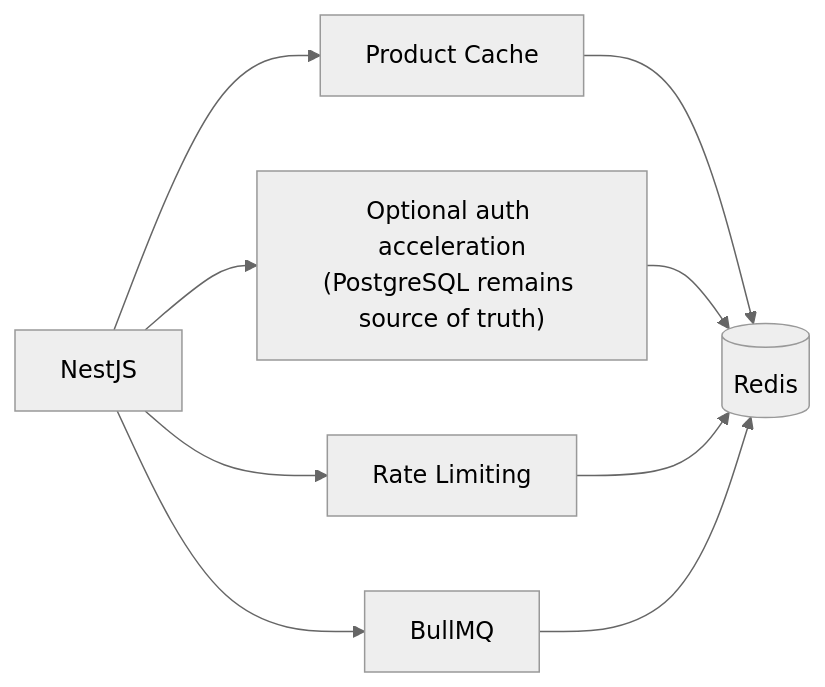
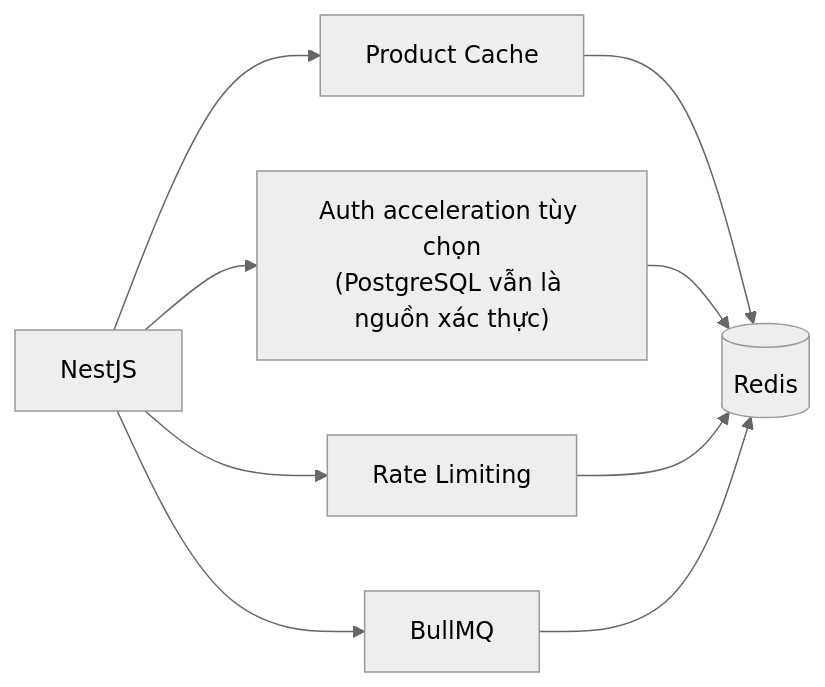
Before and after one commit to LuongCongThanh/be-demo: the tenth of 16 diagrams in doc/ecommerce-backend-architecture-system-design-2.md, drawn with Mermaid (neutral theme). The commit also changed other lines of this file and 9 other files, not shown here.

````diff
--- a/doc/ecommerce-backend-architecture-system-design-2.md
+++ b/doc/ecommerce-backend-architecture-system-design-2.md
@@ -1030,21 +1009,21 @@
 ```mermaid
 flowchart LR
     API["NestJS"]
 
     Cache["Product Cache"]
-    Session["Optional auth acceleration<br/>(PostgreSQL remains source of truth)"]
+    Session["Auth acceleration tùy chọn<br/>(PostgreSQL vẫn là nguồn xác thực)"]
     Rate["Rate Limiting"]
     Queue["BullMQ"]
 
     Redis[("Redis")]
 
     API --> Cache
     API --> Session
     API --> Rate
     API --> Queue
 
     Cache --> Redis
     Session --> Redis
     Rate --> Redis
     Queue --> Redis
 ```
````
